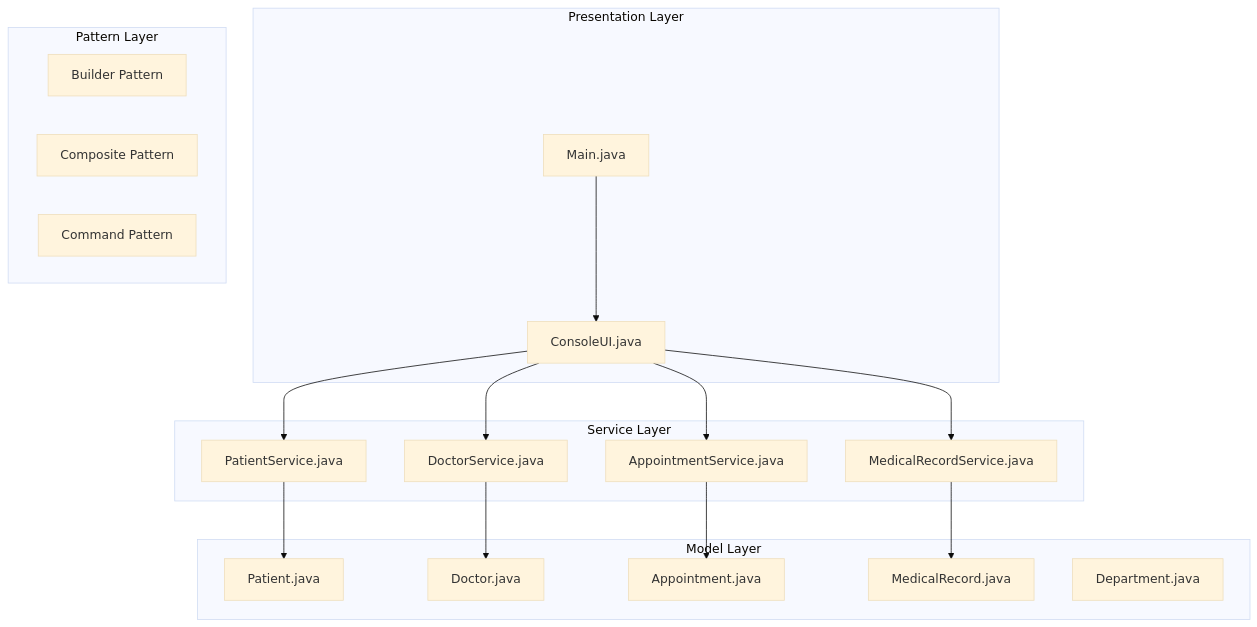
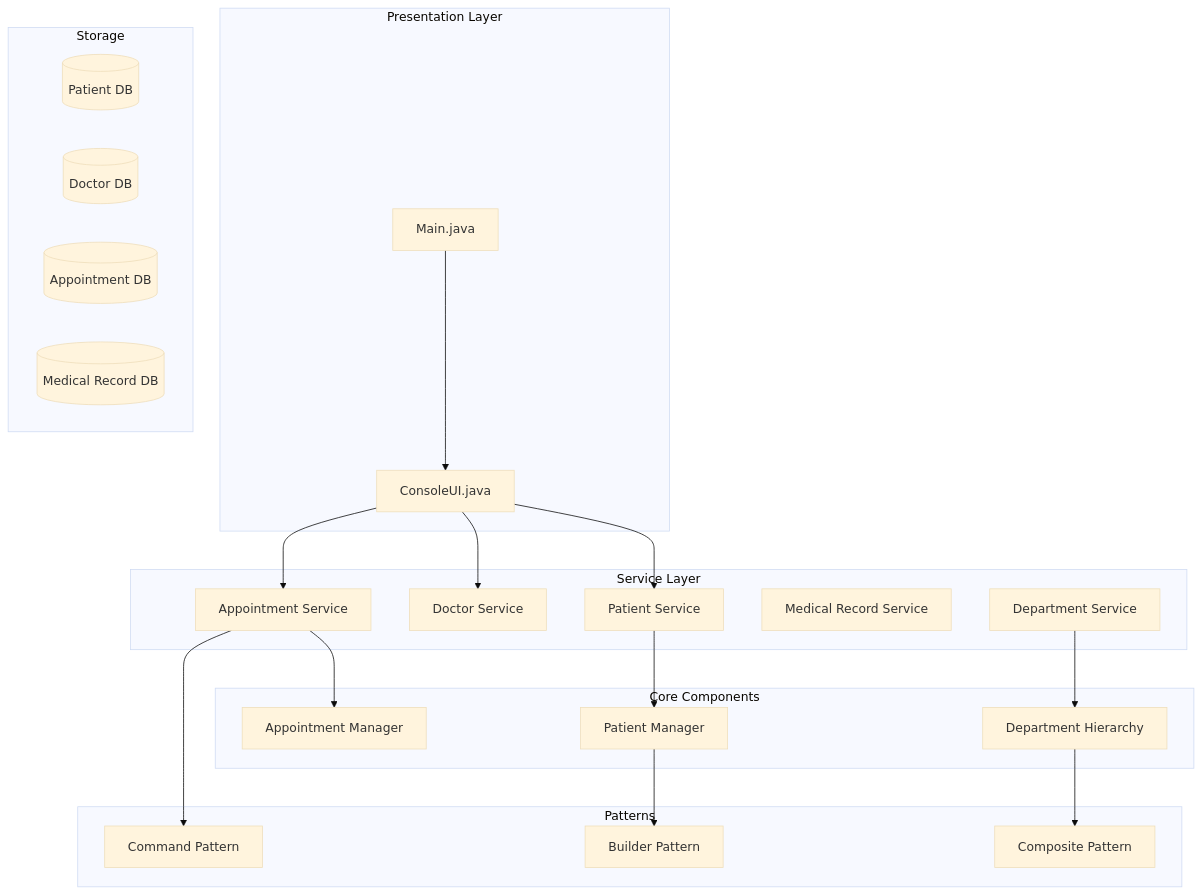
Before and after one commit to javaengineeringacademy/java-engineering-academy: the first of 2 diagrams in 01-programming-languages/Java/02-oop/33-mini-projects/intermediate/hospital-management/README.md, drawn with Mermaid (base theme). The commit also changed other lines of this file and 48 other files, not shown here.

First line of the commit message:
fix: final polish for 10/10 - split long READMEs, fix duplicates, add diagrams

````diff
--- a/01-programming-languages/Java/02-oop/33-mini-projects/intermediate/hospital-management/README.md
+++ b/01-programming-languages/Java/02-oop/33-mini-projects/intermediate/hospital-management/README.md
@@ -45,38 +45,45 @@
 ```mermaid
 graph TB
     subgraph Presentation Layer
         Main[Main.java]
         CLI[ConsoleUI.java]
     end
     
     subgraph Service Layer
-        PS[PatientService.java]
-        DS[DoctorService.java]
-        AS[AppointmentService.java]
-        MS[MedicalRecordService.java]
+        PatientService[Patient Service]
+        DoctorService[Doctor Service]
+        AppointmentService[Appointment Service]
+        MedicalRecordService[Medical Record Service]
+        DepartmentService[Department Service]
     end
     
-    subgraph Pattern Layer
-        BP[Builder Pattern]
-        CP[Composite Pattern]
-        CMD[Command Pattern]
+    subgraph Core Components
+        PatientManager[Patient Manager]
+        AppointmentManager[Appointment Manager]
+        DepartmentHierarchy[Department Hierarchy]
     end
     
-    subgraph Model Layer
-        P[Patient.java]
-        D[Doctor.java]
-        A[Appointment.java]
-        MR[MedicalRecord.java]
-        Dept[Department.java]
+    subgraph Patterns
+        Builder[Builder Pattern]
+        Composite[Composite Pattern]
+        Command[Command Pattern]
+    end
+    
+    subgraph Storage
+        PatientDB[(Patient DB)]
+        DoctorDB[(Doctor DB)]
+        AppointmentDB[(Appointment DB)]
+        MedicalRecordDB[(Medical Record DB)]
     end
     
     Main --> CLI
-    CLI --> PS
-    CLI --> DS
-    CLI --> AS
-    CLI --> MS
-    PS --> P
-    DS --> D
-    AS --> A
-    MS --> MR
+    CLI --> PatientService
+    CLI --> DoctorService
+    CLI --> AppointmentService
+    PatientService --> PatientManager
+    AppointmentService --> AppointmentManager
+    DepartmentService --> DepartmentHierarchy
+    PatientManager --> Builder
+    DepartmentHierarchy --> Composite
+    AppointmentService --> Command
 ```
````
